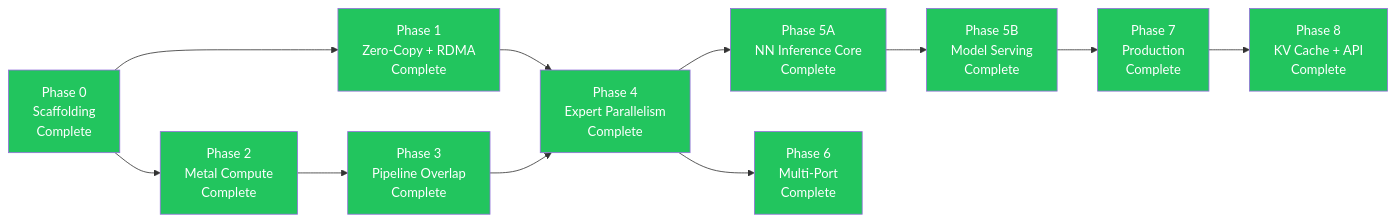
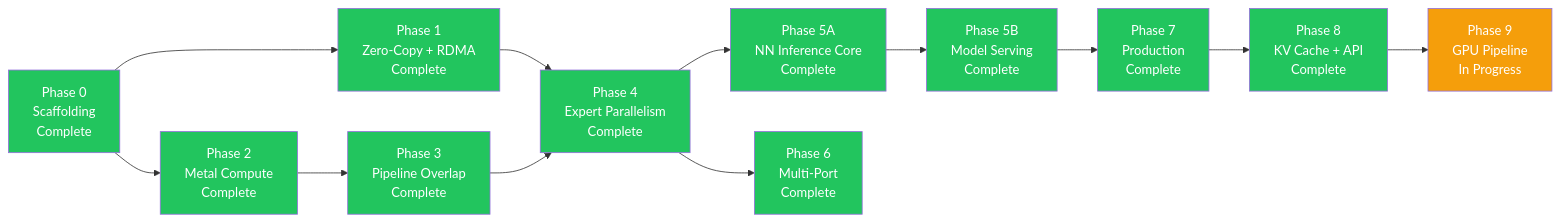
The diagram in docs/roadmap/phases.md (0xDaizz/RMLX), drawn with Mermaid before and after one commit. The commit also changed other lines of this file and 12 other files, not shown here.

First line of the commit message:
feat: Phase 9 GPU Pipeline — CPU-minimal execution architecture

````diff
--- a/docs/roadmap/phases.md
+++ b/docs/roadmap/phases.md
@@ -51,35 +52,38 @@
 ```mermaid
 graph LR
     P0["Phase 0<br/>Scaffolding<br/>Complete"]
     P1["Phase 1<br/>Zero-Copy + RDMA<br/>Complete"]
     P2["Phase 2<br/>Metal Compute<br/>Complete"]
     P3["Phase 3<br/>Pipeline Overlap<br/>Complete"]
     P4["Phase 4<br/>Expert Parallelism<br/>Complete"]
     P5A["Phase 5A<br/>NN Inference Core<br/>Complete"]
     P5B["Phase 5B<br/>Model Serving<br/>Complete"]
     P6["Phase 6<br/>Multi-Port<br/>Complete"]
     P7["Phase 7<br/>Production<br/>Complete"]
     P8["Phase 8<br/>KV Cache + API<br/>Complete"]
+    P9["Phase 9<br/>GPU Pipeline<br/>In Progress"]
 
     P0 --> P1
     P0 --> P2
     P2 --> P3
     P1 --> P4
     P3 --> P4
     P4 --> P5A
     P5A --> P5B
     P4 --> P6
     P5B --> P7
     P7 --> P8
+    P8 --> P9
 
     style P0 fill:#22c55e,color:#fff
     style P1 fill:#22c55e,color:#fff
     style P2 fill:#22c55e,color:#fff
     style P3 fill:#22c55e,color:#fff
     style P4 fill:#22c55e,color:#fff
     style P5A fill:#22c55e,color:#fff
     style P5B fill:#22c55e,color:#fff
     style P6 fill:#22c55e,color:#fff
     style P7 fill:#22c55e,color:#fff
     style P8 fill:#22c55e,color:#fff
+    style P9 fill:#f59e0b,color:#fff
 ```
````
